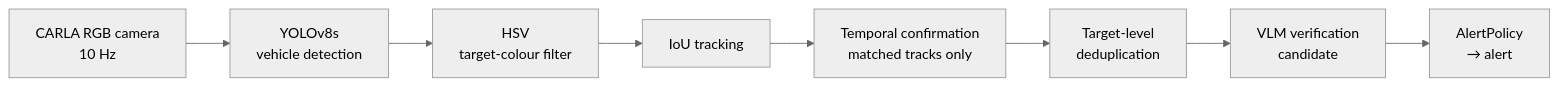
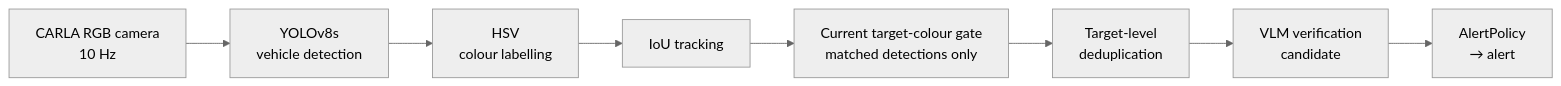
One commit to jsy202/UROPCLAW changed the diagram in README.md. Above: the diagram before and after it, drawn with Mermaid (neutral theme). The commit also changed other lines of this file and 158 other files, not shown here.

````diff
--- a/README.md
+++ b/README.md
@@ -31,10 +33,10 @@
 ```mermaid
 flowchart LR
     A[CARLA RGB camera<br/>10 Hz] --> B[YOLOv8s<br/>vehicle detection]
-    B --> C[HSV<br/>target-colour filter]
+    B --> C[HSV<br/>colour labelling]
     C --> D[IoU tracking]
-    D --> E[Temporal confirmation<br/>matched tracks only]
+    D --> E[Current target-colour gate<br/>matched detections only]
     E --> F[Target-level<br/>deduplication]
     F --> G[VLM verification<br/>candidate]
     G --> H[AlertPolicy<br/>→ alert]
 ```
````
